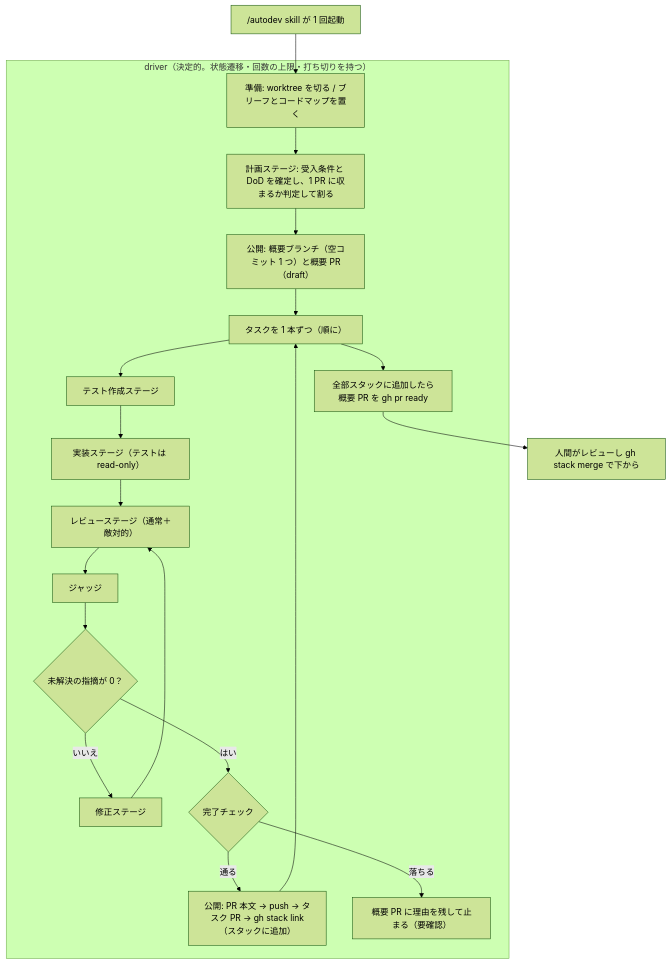
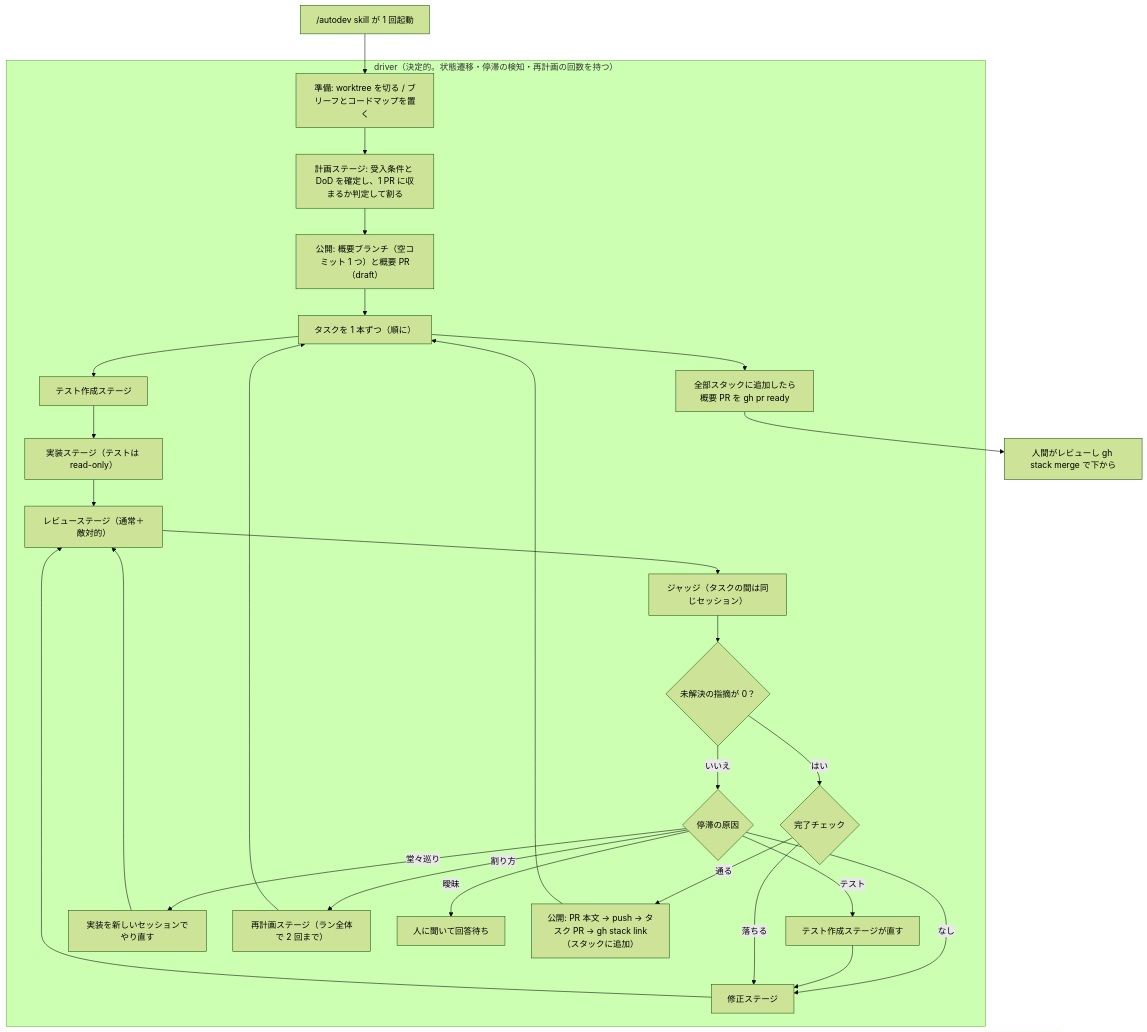
One commit to Luna-rab/dotfiles changed the diagram in dist/dot-claude/skills/autodev/README.md. Above: the diagram before and after it, drawn with Mermaid (forest theme). The commit also changed other lines of this file and 32 other files, not shown here.

````diff
--- a/dist/dot-claude/skills/autodev/README.md
+++ b/dist/dot-claude/skills/autodev/README.md
@@ -100,20 +130,25 @@
 ```mermaid
 flowchart TD
     start["/autodev skill が 1 回起動"] --> pre
-    subgraph driver["driver（決定的。状態遷移・回数の上限・打ち切りを持つ）"]
+    subgraph driver["driver（決定的。状態遷移・停滞の検知・再計画の回数を持つ）"]
         pre["準備: worktree を切る / ブリーフとコードマップを置く"] --> plan
         plan["計画ステージ: 受入条件と DoD を確定し、1 PR に収まるか判定して割る"] --> base
         base["公開: 概要ブランチ（空コミット 1 つ）と概要 PR（draft）"] --> loop
         loop["タスクを 1 本ずつ（順に）"] --> tg
         tg["テスト作成ステージ"] --> impl
         impl["実装ステージ（テストは read-only）"] --> rv
         rv["レビューステージ（通常＋敵対的）"] --> jd
-        jd["ジャッジ"] --> decide{"未解決の指摘が 0？"}
-        decide -->|いいえ| fix["修正ステージ"] --> rv
+        jd["ジャッジ（タスクの間は同じセッション）"] --> decide{"未解決の指摘が 0？"}
+        decide -->|いいえ| route{"停滞の原因"}
+        route -->|なし| fix["修正ステージ"] --> rv
+        route -->|テスト| tg2["テスト作成ステージが直す"] --> fix
+        route -->|堂々巡り| redo["実装を新しいセッションでやり直す"] --> rv
+        route -->|割り方| replan["再計画ステージ（ラン全体で 2 回まで）"] --> loop
+        route -->|曖昧| ask["人に聞いて回答待ち"]
         decide -->|はい| gateq{"完了チェック"}
         gateq -->|通る| post["公開: PR 本文 → push → タスク PR → gh stack link（スタックに追加）"] --> loop
-        gateq -->|落ちる| stop["概要 PR に理由を残して止まる（要確認）"]
+        gateq -->|落ちる| fix
         loop --> done["全部スタックに追加したら概要 PR を gh pr ready"]
     end
     done --> human["人間がレビューし gh stack merge で下から"]
 ```
````
